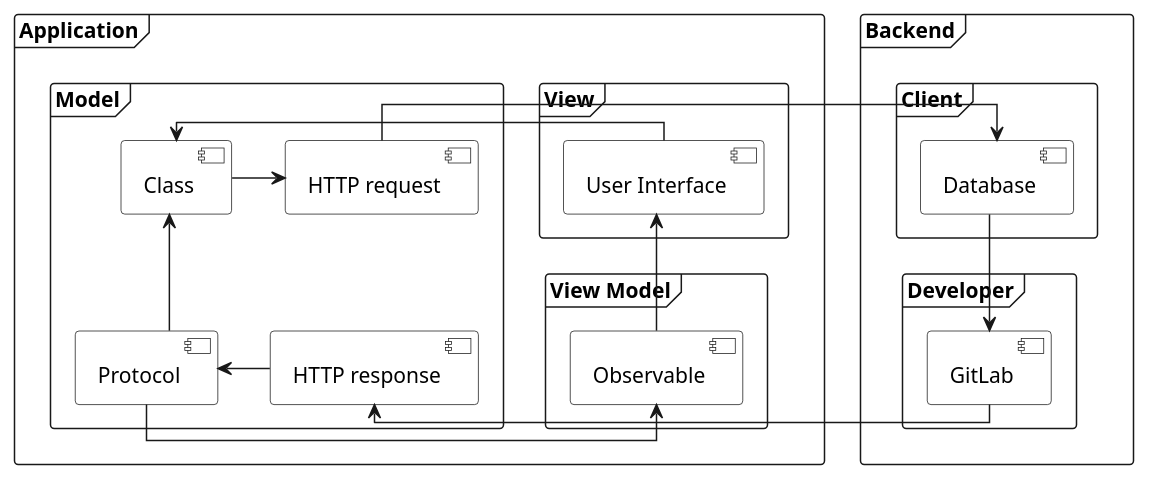
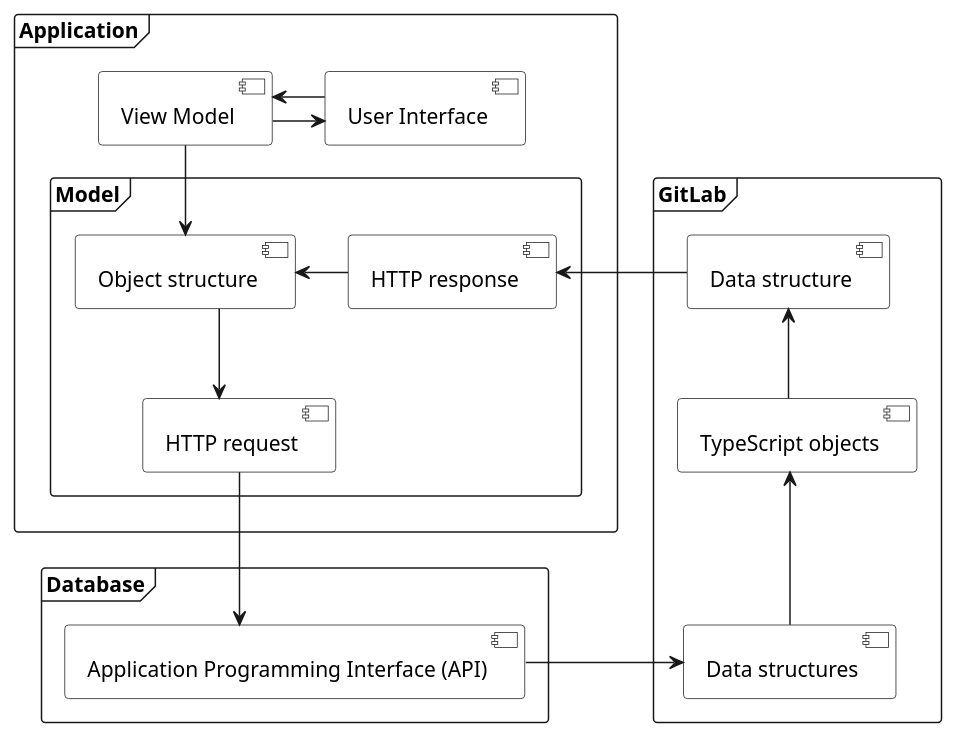
One commit to thorlindberg/thesis changed the first of 4 diagrams in dissertation/4-2 background-material.md. Above: the diagram before and after it, drawn with PlantUML.

Commit message:
improved model :(

```diff
--- a/dissertation/4-2 background-material.md
+++ b/dissertation/4-2 background-material.md
@@ -17,49 +17,50 @@
 @startuml
 
 skinparam linetype ortho
 
 <style>
 componentDiagram {
     BackGroundColor transparent
     frame {
         BackGroundColor white
     }
     component {
         BackGroundColor white
     }
 }
 </style>
 
-frame Backend {
-    frame Client  {
-        [Database]
-    }
-    frame Developer {
-        [GitLab]
+frame Database {
+    [Application Programming Interface (API)]
+}
+
+frame GitLab {
+    [Data structures]
+    [TypeScript objects]
+    [Data structure]
+}
+
+frame Application {
+    [User Interface]
+    [View Model]
+    frame Model {
+        [Object structure]
+        [HTTP request]
+        [HTTP response]
     }
 }
 
-frame Application {
-    frame View {
-        [User Interface]
-    }
-    frame "View Model" {
-        [Observable]
-    }
-    frame Model {
-        [HTTP request]
-        [HTTP response] -left-> [Protocol]
-        [Protocol] -up-> [Class]
-    }
-}
+[User Interface] -left-> [View Model]
+[View Model] -right-> [User Interface] 
+[View Model] --> [Object structure]
+[Object structure] -down-> [HTTP request]
+[HTTP request] --> [Application Programming Interface (API)]
+[HTTP response] -left-> [Object structure]
 
-[Protocol] -left-> [Observable]
-[Observable] -up-> [User Interface]
-[User Interface] -right-> [Class]
+[Data structure] -left-> [HTTP response]
+[Application Programming Interface (API)] -right-> [Data structures]
 
-[Class] -right-> [HTTP request]
-[HTTP request] -right-> [Database]
-[Database] -down-> [GitLab]
-[GitLab] -left-> [HTTP response]
+[Data structures] -up-> [TypeScript objects]
+[TypeScript objects] -up-> [Data structure]
 
 @enduml
```
